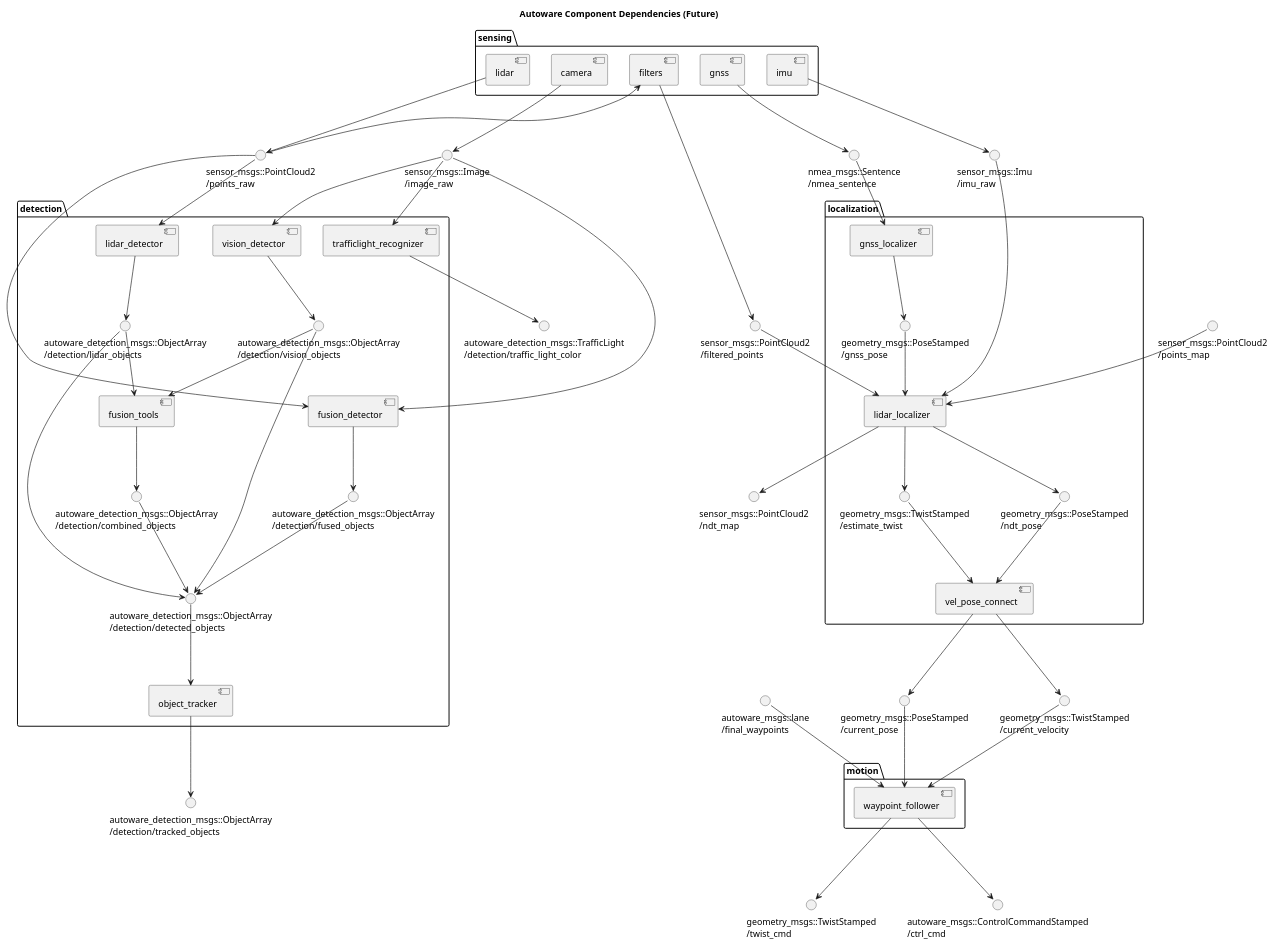
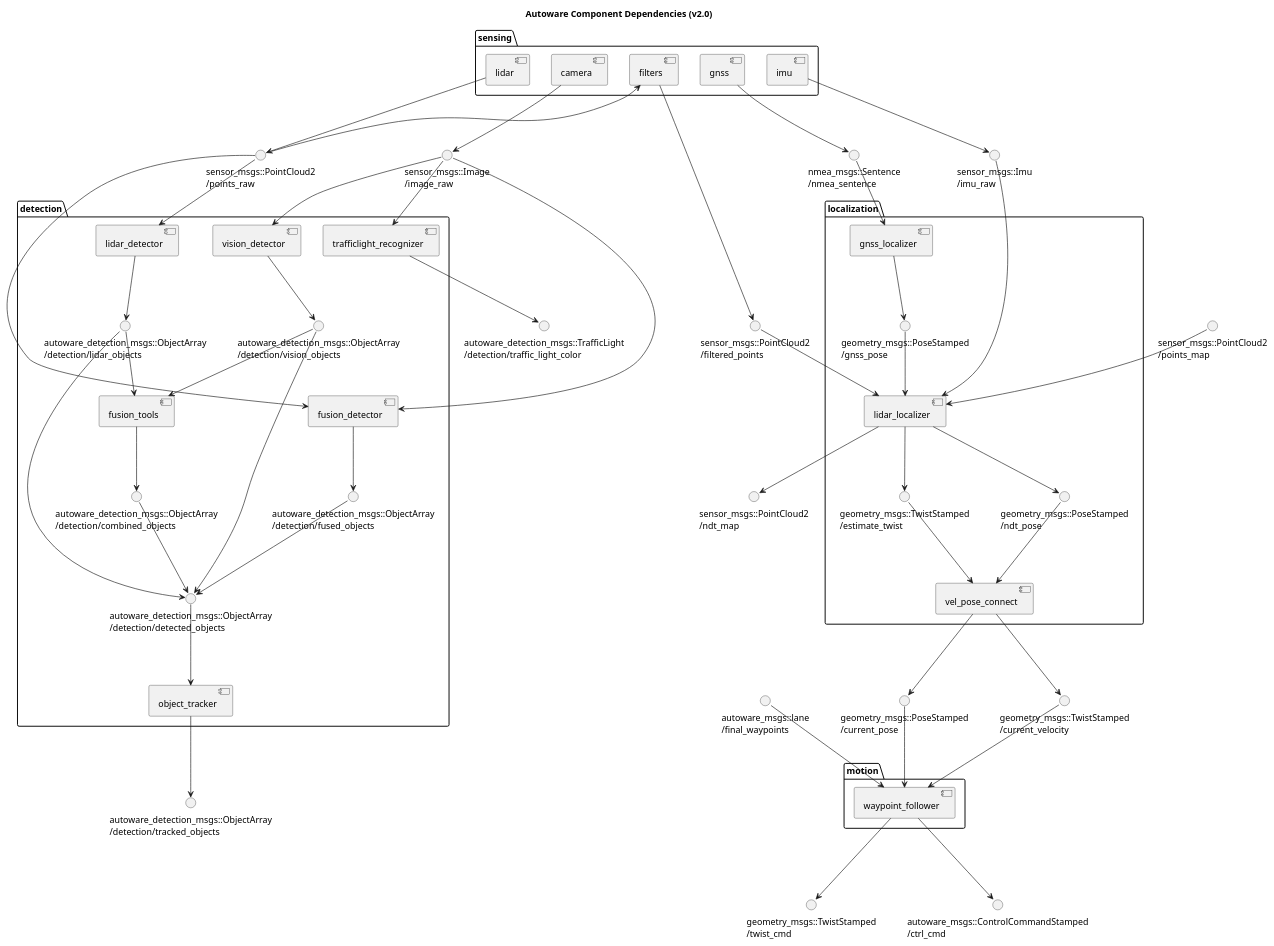
One commit to heyuliang/Autoware changed the diagram in docs/architecture/ComponentDiagram2.pu. Above: the diagram before and after it, drawn with PlantUML.

```diff
--- a/docs/architecture/ComponentDiagram2.pu
+++ b/docs/architecture/ComponentDiagram2.pu
@@ -1,171 +1,148 @@
 @startuml
 
-title Autoware Component Dependencies (Future)
+title Autoware Component Dependencies (v2.0)
 
 () "sensor_msgs::Image\n/image_raw" as image_raw
 () "sensor_msgs::PointCloud2\n/points_raw" as points_raw
 () "sensor_msgs::PointCloud2\n/filtered_points" as filtered_points
 () "sensor_msgs::Imu\n/imu_raw" as imu_raw 
 () "nmea_msgs::Sentence\n/nmea_sentence" as nmea_sentence
 
 folder sensing {
     [camera]
     'outputs
     camera --> image_raw
 
     [lidar]
     'outputs
     lidar --> points_raw
 
     [filters]
     'inputs
     points_raw --> filters
     'outputs
     filters --> filtered_points
 
     [imu]
     'outputs
     imu --> imu_raw
 
     [gnss]
     'outputs
     gnss --> nmea_sentence
+}
+
+() "autoware_detection_msgs::ObjectArray\n/detection/tracked_objects" as tracked_objects
+() "autoware_detection_msgs::TrafficLight\n/detection/traffic_light_color" as traffic_light_color
+
+folder detection {
+    () "autoware_detection_msgs::ObjectArray\n/detection/vision_objects" as detected_objects_vision
+    () "autoware_detection_msgs::ObjectArray\n/detection/lidar_objects" as detected_objects_lidar
+    () "autoware_detection_msgs::ObjectArray\n/detection/combined_objects" as detected_objects_combined
+    () "autoware_detection_msgs::ObjectArray\n/detection/fused_objects" as detected_objects_fused
+    () "autoware_detection_msgs::ObjectArray\n/detection/detected_objects" as detected_objects
+
+    [vision_detector]
+    'inputs
+    image_raw --> vision_detector
+    'outputs
+    vision_detector --> detected_objects_vision
+
+    [lidar_detector]
+    'inputs
+    points_raw --> lidar_detector
+    'outputs
+    lidar_detector --> detected_objects_lidar
+
+    [fusion_detector]
+    'inputs
+    image_raw --> fusion_detector
+    points_raw --> fusion_detector
+    'outputs
+    fusion_detector --> detected_objects_fused
+
+    [fusion_tools]
+    'inputs
+    detected_objects_vision --> fusion_tools
+    detected_objects_lidar --> fusion_tools
+    'outputs
+    fusion_tools --> detected_objects_combined
+
+    'connection
+    detected_objects_vision --> detected_objects
+    detected_objects_lidar --> detected_objects
+    detected_objects_combined --> detected_objects
+    detected_objects_fused --> detected_objects
+
+    [object_tracker]
+    'inputs
+    detected_objects --> object_tracker
+    'outputs
+    object_tracker --> tracked_objects
+
+    [trafficlight_recognizer]
+    'inputs
+    image_raw --> trafficlight_recognizer
+    'outputs
+    trafficlight_recognizer --> traffic_light_color
 }
 
 'gnss_localizer
 
 'lidar_localizer
 () "sensor_msgs::PointCloud2\n/points_map" as points_map
 () "sensor_msgs::PointCloud2\n/ndt_map" as ndt_map
 
 'vel_pose_connect
 () "geometry_msgs::PoseStamped\n/current_pose" as current_pose
 () "geometry_msgs::TwistStamped\n/current_velocity" as current_velocity
 
 folder localization {
     () "geometry_msgs::PoseStamped\n/gnss_pose" as gnss_pose
     () "geometry_msgs::TwistStamped\n/estimate_twist" as estimate_twist
     () "geometry_msgs::PoseStamped\n/ndt_pose" as ndt_pose
 
     [gnss_localizer]
     'inputs
     nmea_sentence --> gnss_localizer
     'outputs
     gnss_localizer --> gnss_pose
 
     [lidar_localizer]
     'inputs
     gnss_pose --> lidar_localizer
     filtered_points --> lidar_localizer
     points_map --> lidar_localizer
     imu_raw --> lidar_localizer
     'outputs
     lidar_localizer --> estimate_twist
     lidar_localizer --> ndt_pose
     lidar_localizer --> ndt_map
 
     [vel_pose_connect]
     'inputs
     estimate_twist --> vel_pose_connect
     ndt_pose --> vel_pose_connect
     'outputs
     vel_pose_connect --> current_pose
     vel_pose_connect --> current_velocity
 
     '[dead_reckoner] @ Autoware v2.0
 }
 
-
-() "autoware_detection_msgs::ObjectArray\n/detection/tracked_objects" as tracked_objects
-() "autoware_detection_msgs::TrafficLight\n/detection/traffic_light_color" as traffic_light_color
-
-folder detection {
-    () "autoware_detection_msgs::ObjectArray\n/detection/vision_objects" as detected_objects_vision
-    () "autoware_detection_msgs::ObjectArray\n/detection/lidar_objects" as detected_objects_lidar
-    () "autoware_detection_msgs::ObjectArray\n/detection/combined_objects" as detected_objects_combined
-    () "autoware_detection_msgs::ObjectArray\n/detection/fused_objects" as detected_objects_fused
-    () "autoware_detection_msgs::ObjectArray\n/detection/detected_objects" as detected_objects
-
-    [vision_detector]
-    'inputs
-    image_raw --> vision_detector
-    'outputs
-    vision_detector --> detected_objects_vision
-
-    [lidar_detector]
-    'inputs
-    points_raw --> lidar_detector
-    'outputs
-    lidar_detector --> detected_objects_lidar
-
-    [object_tracker]
-    'inputs
-    detected_objects --> object_tracker
-    'outputs
-    object_tracker --> tracked_objects
-
-    [fusion_detector]
-    'inputs
-    image_raw --> fusion_detector
-    points_raw --> fusion_detector
-    'outputs
-    fusion_detector --> detected_objects_fused
-
-    [fusion_tools]
-    'inputs
-    detected_objects_vision --> fusion_tools
-    detected_objects_lidar --> fusion_tools
-    'outputs
-    fusion_tools --> detected_objects_combined
-
-    [trafficlight_recognizer]
-    'inputs
-    image_raw --> trafficlight_recognizer
-    'outputs
-    trafficlight_recognizer --> traffic_light_color
-
-    'connection
-    detected_objects_vision --> detected_objects
-    detected_objects_lidar --> detected_objects
-    detected_objects_combined --> detected_objects
-    detected_objects_fused --> detected_objects
-}
-
-/' @ Autoware v2.0
-folder prediction {
-    [moving_predictor]
-
-    [collision_predictor]
-
-    [cutin_predictor]
-}
-'/
-
-/' @ Autoware v2.0
-folder intelligence {
-    [decision_maker]
-}
-'/
-
-/' @ Autoware v2.0
-folder state {
-    [state_machine]
-}
-'/
-
 () "autoware_msgs::lane\n/final_waypoints" as final_waypoints
 () "geometry_msgs::TwistStamped\n/twist_cmd" as twist_cmd
 () "autoware_msgs::ControlCommandStamped\n/ctrl_cmd" as ctrl_cmd
 
 folder motion {
     [waypoint_follower]
     'inputs
     current_pose --> waypoint_follower
     current_velocity --> waypoint_follower
     final_waypoints --> waypoint_follower
     'outputs
     waypoint_follower --> twist_cmd
     waypoint_follower --> ctrl_cmd
 }
 
 @enduml
```
